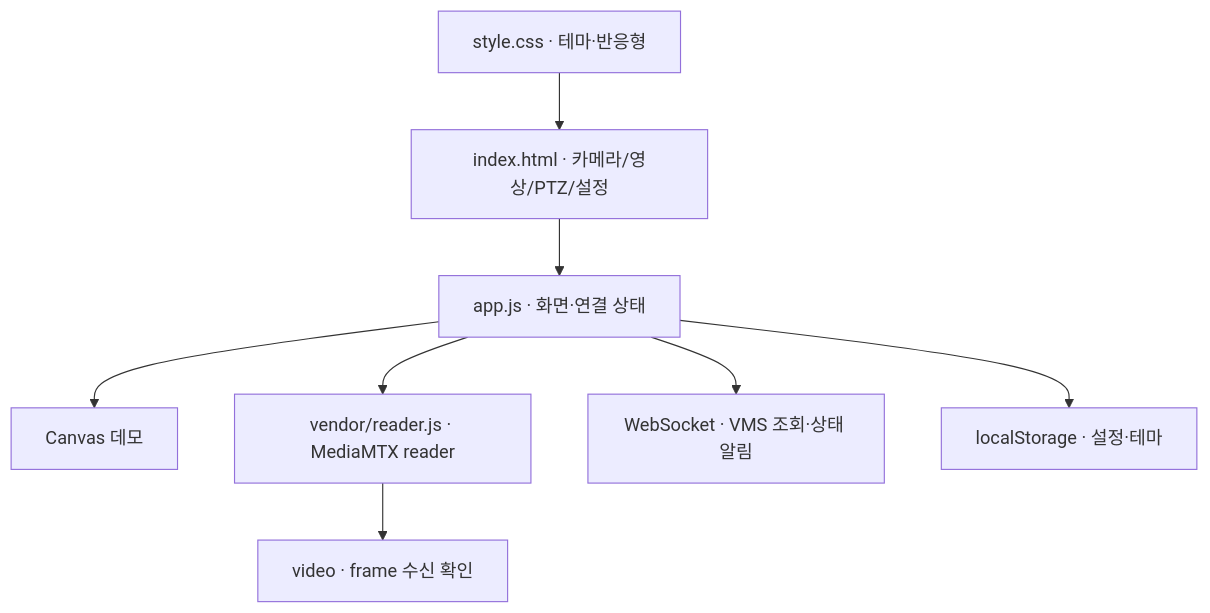
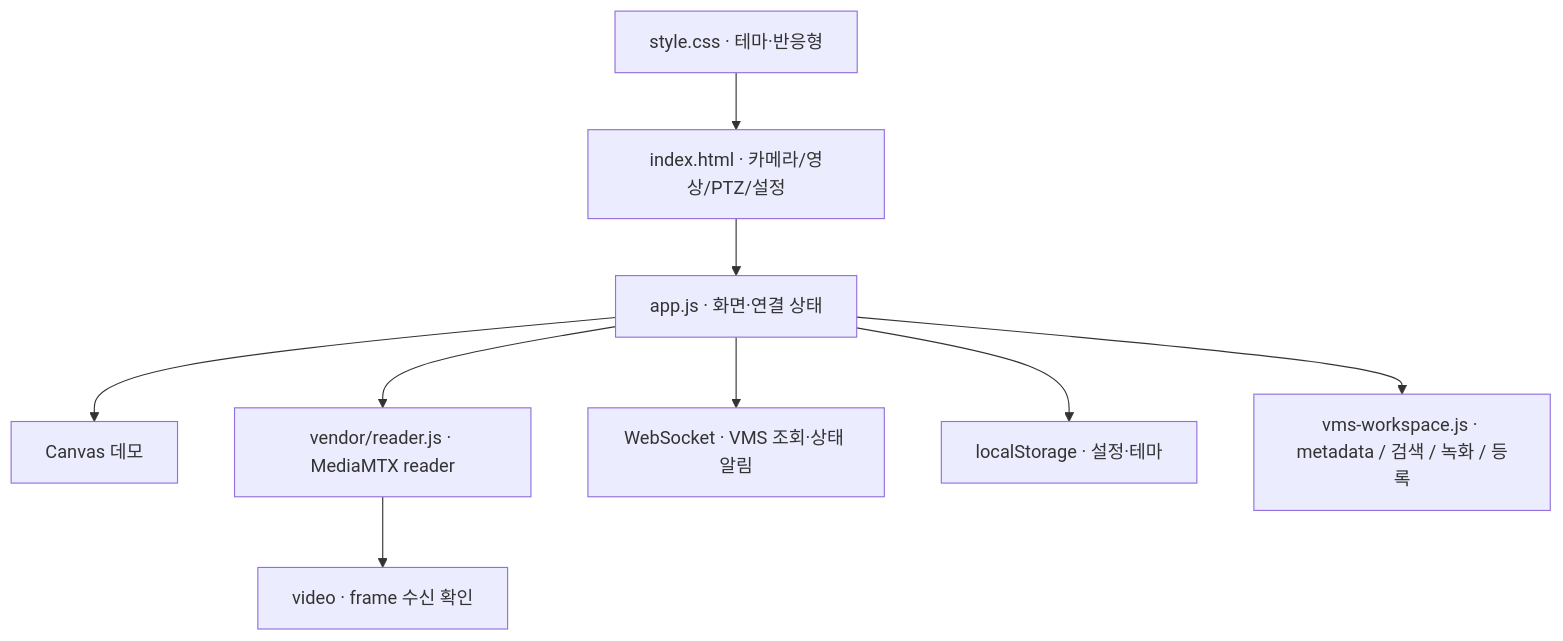
The second of 2 diagrams in README.md (PTZ-CAMERA/PTZ_WEB_Client), drawn with Mermaid before and after one commit. The commit also changed other lines of this file and 8 other files, not shown here.

````diff
--- a/README.md
+++ b/README.md
@@ -23,10 +23,11 @@
 ```mermaid
 flowchart TD
     UI["index.html · 카메라/영상/PTZ/설정"] --> App["app.js · 화면·연결 상태"]
     CSS["style.css · 테마·반응형"] --> UI
     App --> Demo["Canvas 데모"]
     App --> Reader["vendor/reader.js · MediaMTX reader"]
     Reader --> Video["video · frame 수신 확인"]
     App --> WS["WebSocket · VMS 조회·상태 알림"]
     App --> Storage["localStorage · 설정·테마"]
+    App --> Workspace["vms-workspace.js · metadata / 검색 / 녹화 / 등록"]
 ```
````
